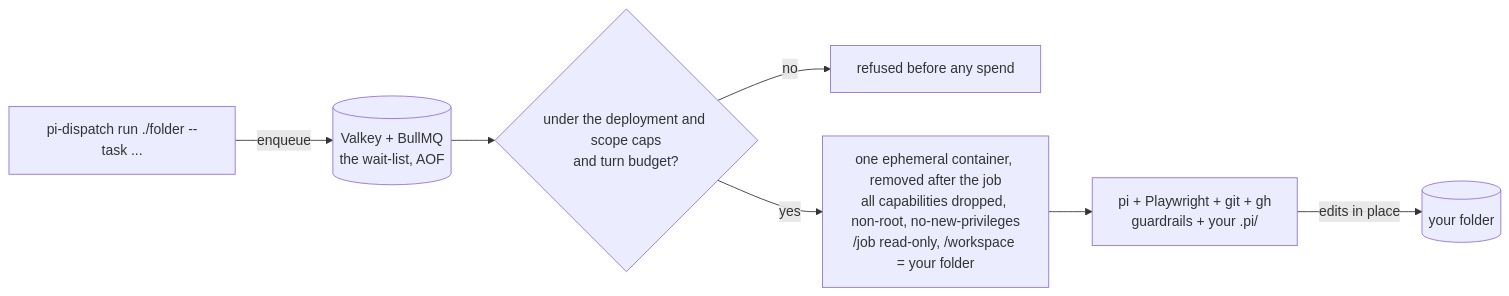
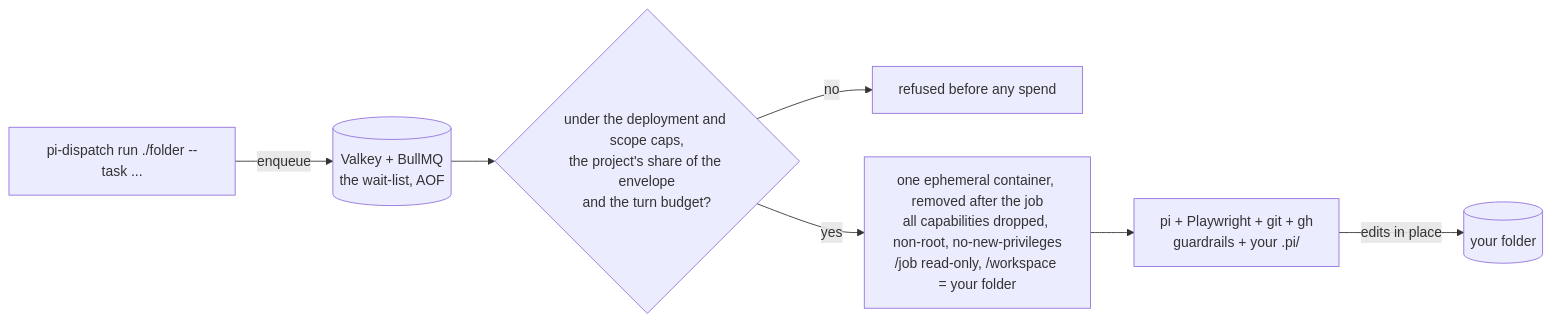
Before and after one commit to edgehero/pi-dispatch: the diagram in README.md, drawn with Mermaid. The commit also changed other lines of this file and 13 other files, not shown here.

First line of the commit message:
docs: the budget split, projects and dollar caps in the READMEs, with images from the current panel and insights page (#507)

````diff
--- a/README.md
+++ b/README.md
@@ -323,9 +336,9 @@
 ```mermaid
 flowchart LR
   CLI["pi-dispatch run ./folder --task ..."] -->|enqueue| Q[("Valkey + BullMQ<br/>the wait-list, AOF")]
-  Q --> B{"under the deployment and scope caps<br/>and turn budget?"}
+  Q --> B{"under the deployment and scope caps,<br/>the project's share of the envelope<br/>and the turn budget?"}
   B -->|no| STOP["refused before any spend"]
   B -->|yes| C["one ephemeral container, removed after the job<br/>all capabilities dropped, non-root, no-new-privileges<br/>/job read-only, /workspace = your folder"]
   C --> PI["pi + Playwright + git + gh<br/>guardrails + your .pi/"]
   PI -->|"edits in place"| F[("your folder")]
 ```
````
